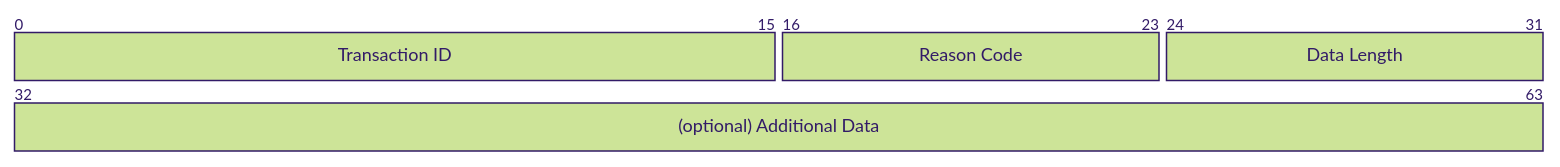
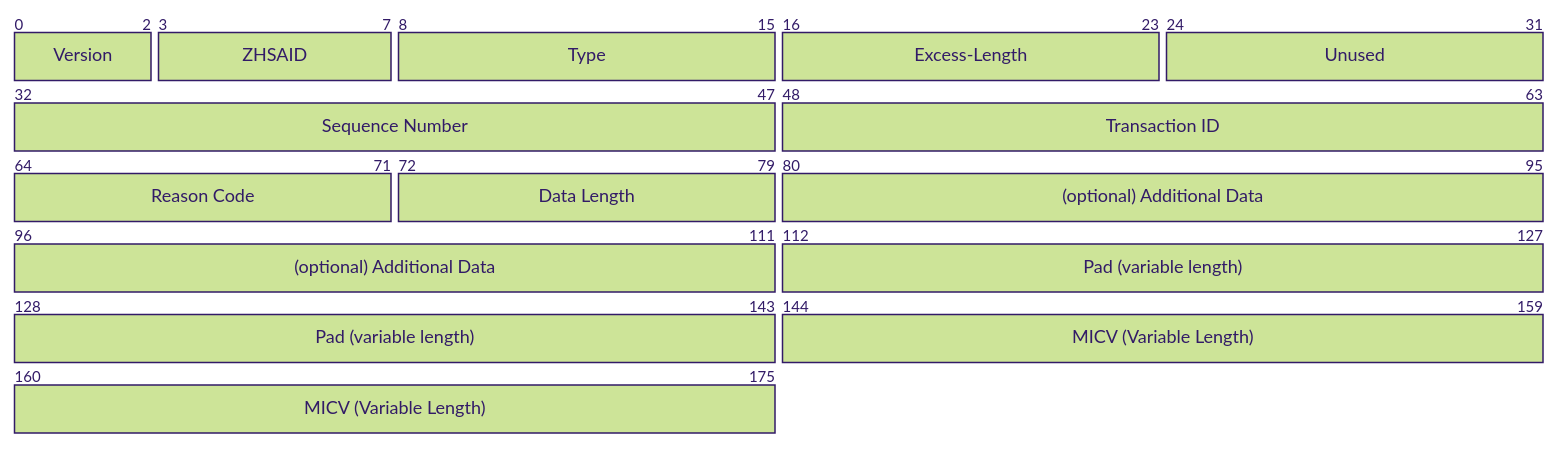
Before and after one commit to org-zpr/zpr-rfcs: diagram 12 of 43 in src/17-ZPR-Data-Protocol/body.md, drawn with Mermaid (forest theme). The commit also changed other lines of this file, not shown here.

````diff
--- a/src/17-ZPR-Data-Protocol/body.md
+++ b/src/17-ZPR-Data-Protocol/body.md
@@ -2617,8 +2568,16 @@
 ``` mermaid
 %%| fig-cap: Terminate Indication and Request Management Message Data formats
 packet
++3: "Version"
++5: "ZHSAID"
++8: "Type"
++8: "Excess-Length"
++8: "Unused"
++16: "Sequence Number"
 +16: "Transaction ID"
 +8: "Reason Code"
 +8: "Data Length"
 +32: "(optional) Additional Data"
++32: "Pad (variable length)"
++32: "MICV (Variable Length)"
 ```
````
